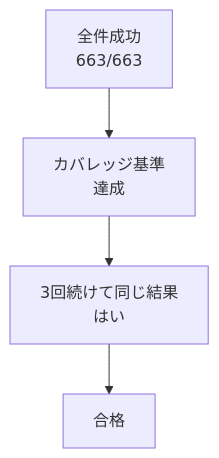
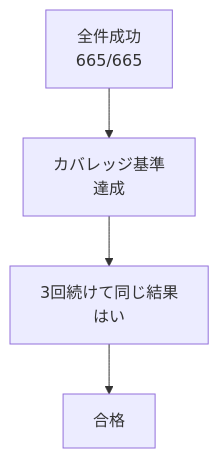
The third of 3 diagrams in documents/モジュールテスト結果報告書_RPG学習アプリ.md (pocarialice/rpglearning), drawn with Mermaid before and after one commit. The commit also changed other lines of this file and 3 other files, not shown here.

````diff
--- a/documents/モジュールテスト結果報告書_RPG学習アプリ.md
+++ b/documents/モジュールテスト結果報告書_RPG学習アプリ.md
@@ -1376,6 +1381,6 @@
 ```mermaid
 flowchart TD
-  A["全件成功<br>663/663"] --> B["カバレッジ基準<br>達成"]
+  A["全件成功<br>665/665"] --> B["カバレッジ基準<br>達成"]
   B --> C["3回続けて同じ結果<br>はい"]
   C --> D["合格"]
 ```
````
